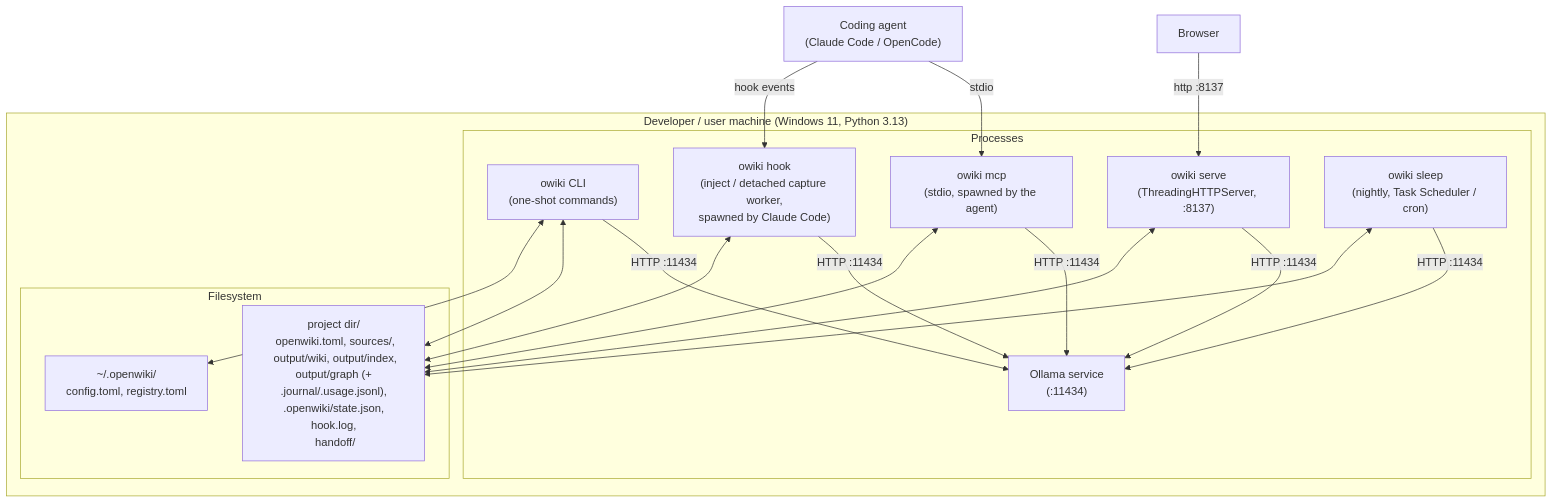
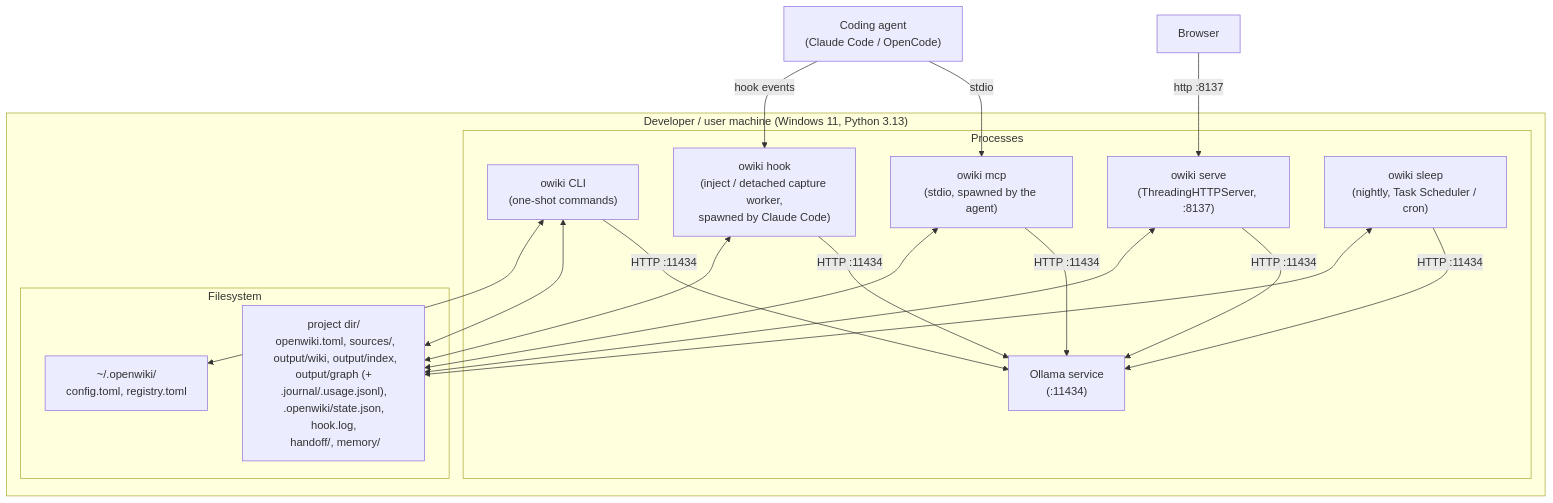
Before and after one commit to Neuroant/OpenWiki: the diagram in docs/arc42/07-deployment-view.md, drawn with Mermaid. The commit also changed other lines of this file and 23 other files, not shown here.

````diff
--- a/docs/arc42/07-deployment-view.md
+++ b/docs/arc42/07-deployment-view.md
@@ -10,23 +10,23 @@
 ```mermaid
 flowchart TB
   subgraph host["Developer / user machine (Windows 11, Python 3.13)"]
     subgraph procs["Processes"]
       cliP["owiki CLI\n(one-shot commands)"]
       serveP["owiki serve\n(ThreadingHTTPServer, :8137)"]
       mcpP["owiki mcp\n(stdio, spawned by the agent)"]
       hookP["owiki hook\n(inject / detached capture worker,\nspawned by Claude Code)"]
       sleepP["owiki sleep\n(nightly, Task Scheduler / cron)"]
       ollama["Ollama service\n(:11434)"]
     end
     subgraph disk["Filesystem"]
-      proj["project dir/\n openwiki.toml, sources/,\n output/wiki, output/index,\n output/graph (+ .journal/.usage.jsonl),\n .openwiki/state.json, hook.log,\n handoff/"]
+      proj["project dir/\n openwiki.toml, sources/,\n output/wiki, output/index,\n output/graph (+ .journal/.usage.jsonl),\n .openwiki/state.json, hook.log,\n handoff/, memory/"]
       home["~/.openwiki/\n config.toml, registry.toml"]
     end
   end
   browser["Browser"] -->|http :8137| serveP
   agentApp["Coding agent\n(Claude Code / OpenCode)"] -->|stdio| mcpP
   agentApp -->|hook events| hookP
   cliP & serveP & mcpP & hookP & sleepP -->|HTTP :11434| ollama
   cliP & serveP & mcpP & hookP & sleepP <--> proj
   cliP <--> home
 ```
````
